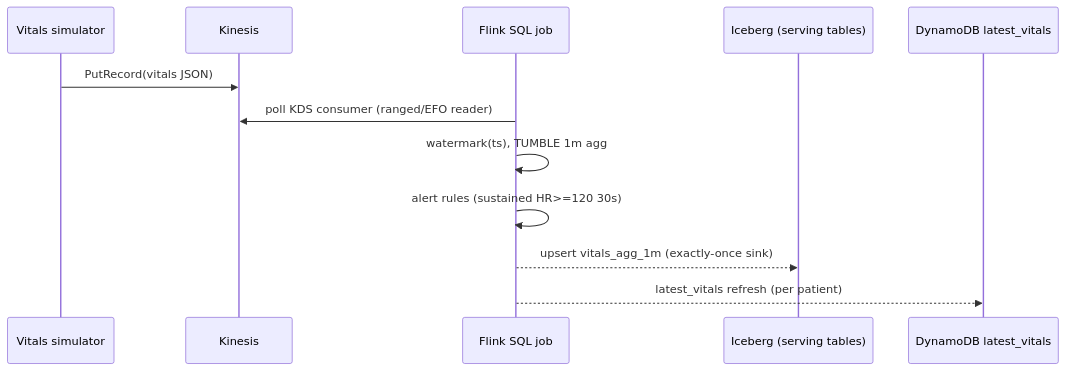
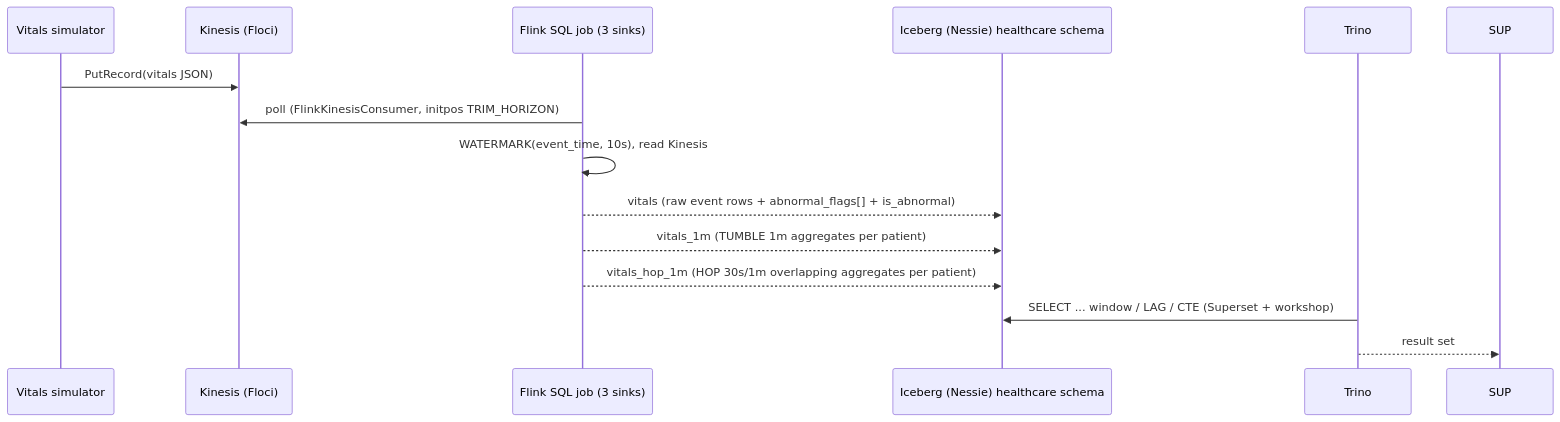
The second of 7 diagrams in docs/DATA_FLOW.md (thescriptingcave/streaming-vitals-lakehouse), drawn with Mermaid before and after one commit. The commit also changed other lines of this file and 20 other files, not shown here.

Commit message:
feat: flink 3-sink pipeline + time-series workshop + docs

````diff
--- a/docs/DATA_FLOW.md
+++ b/docs/DATA_FLOW.md
@@ -34,15 +34,17 @@
 ```mermaid
 sequenceDiagram
     participant SIM as Vitals simulator
-    participant KIN as Kinesis
-    participant FLINK as Flink SQL job
-    participant ICE as Iceberg (serving tables)
-    participant DDB as DynamoDB latest_vitals
+    participant KIN as Kinesis (Floci)
+    participant FLINK as Flink SQL job (3 sinks)
+    participant ICE as Iceberg (Nessie) healthcare schema
+    participant TRINO as Trino
 
     SIM->>KIN: PutRecord(vitals JSON)
-    FLINK->>KIN: poll KDS consumer (ranged/EFO reader)
-    FLINK->>FLINK: watermark(ts), TUMBLE 1m agg
-    FLINK->>FLINK: alert rules (sustained HR>=120 30s)
-    FLINK-->>ICE: upsert vitals_agg_1m (exactly-once sink)
-    FLINK-->>DDB: latest_vitals refresh (per patient)
+    FLINK->>KIN: poll (FlinkKinesisConsumer, initpos TRIM_HORIZON)
+    FLINK->>FLINK: WATERMARK(event_time, 10s), read Kinesis
+    FLINK-->>ICE: vitals            (raw event rows + abnormal_flags[] + is_abnormal)
+    FLINK-->>ICE: vitals_1m         (TUMBLE 1m aggregates per patient)
+    FLINK-->>ICE: vitals_hop_1m     (HOP 30s/1m overlapping aggregates per patient)
+    TRINO->>ICE:  SELECT ... window / LAG / CTE (Superset + workshop)
+    TRINO-->>SUP: result set
 ```
````
